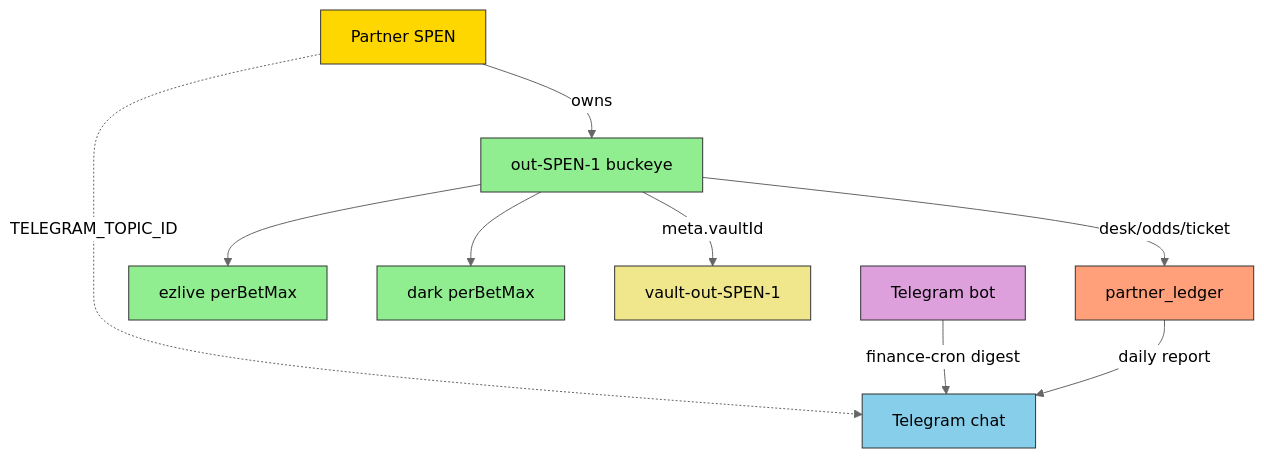
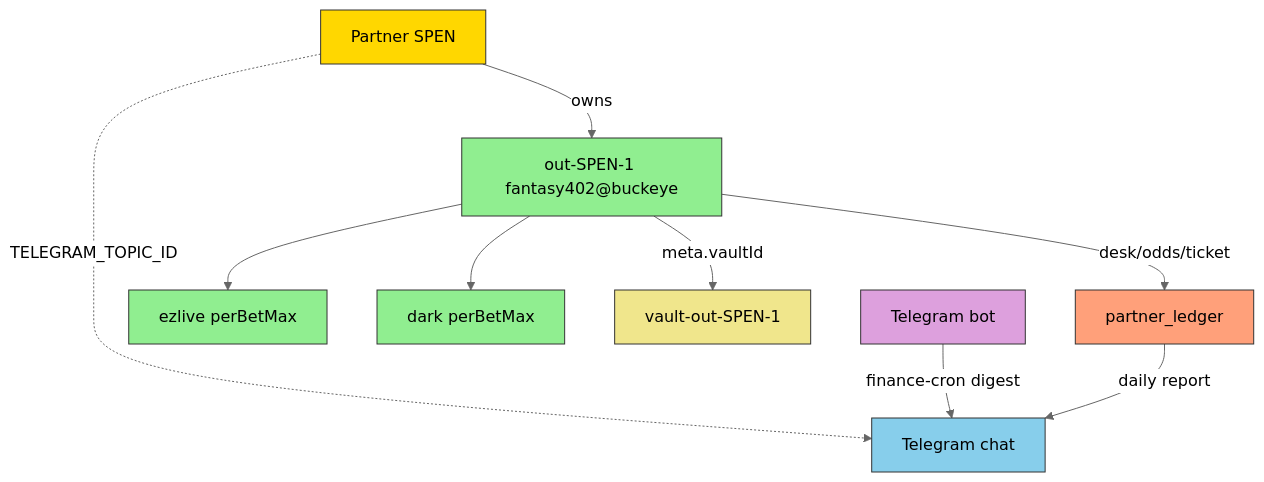
The diagram in docs/PARTNER-DOMAIN.md (brendadeeznuts1111/Kalshi-bot), drawn with Mermaid before and after one commit. The commit also changed other lines of this file and 10 other files, not shown here.

````diff
--- a/docs/PARTNER-DOMAIN.md
+++ b/docs/PARTNER-DOMAIN.md
@@ -37,28 +39,28 @@
 ```mermaid
 %%{init: {'theme': 'neutral'}}%%
 graph TD
     classDef partner fill:#FFD700,stroke:#333,color:#000;
     classDef comms fill:#87CEEB,stroke:#333,color:#000;
     classDef account fill:#90EE90,stroke:#333,color:#000;
     classDef asset fill:#F0E68C,stroke:#333,color:#000;
     classDef finance fill:#FFA07A,stroke:#333,color:#000;
     classDef bot fill:#DDA0DD,stroke:#333,color:#000;
 
     P[Partner SPEN]:::partner
     TG[Telegram chat]:::comms
     BOT[Telegram bot]:::bot
-    O[out-SPEN-1 buckeye]:::account
+    O[out-SPEN-1 fantasy402@buckeye]:::account
     S1[ezlive perBetMax]:::account
     S2[dark perBetMax]:::account
     V[vault-out-SPEN-1]:::asset
     L[partner_ledger]:::finance
 
     P -->|owns| O
     P -.->|TELEGRAM_TOPIC_ID| TG
     BOT -->|finance-cron digest| TG
     O --> S1
     O --> S2
     O -->|meta.vaultId| V
     O -->|desk/odds/ticket| L
     L -->|daily report| TG
 ```
````
